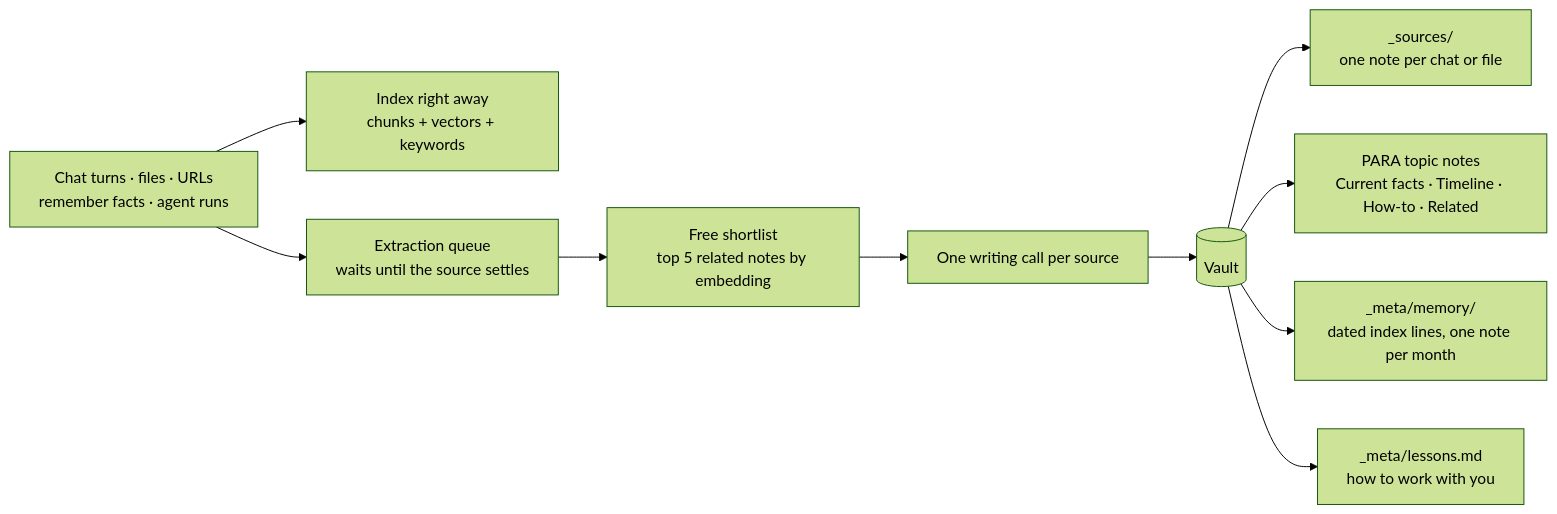
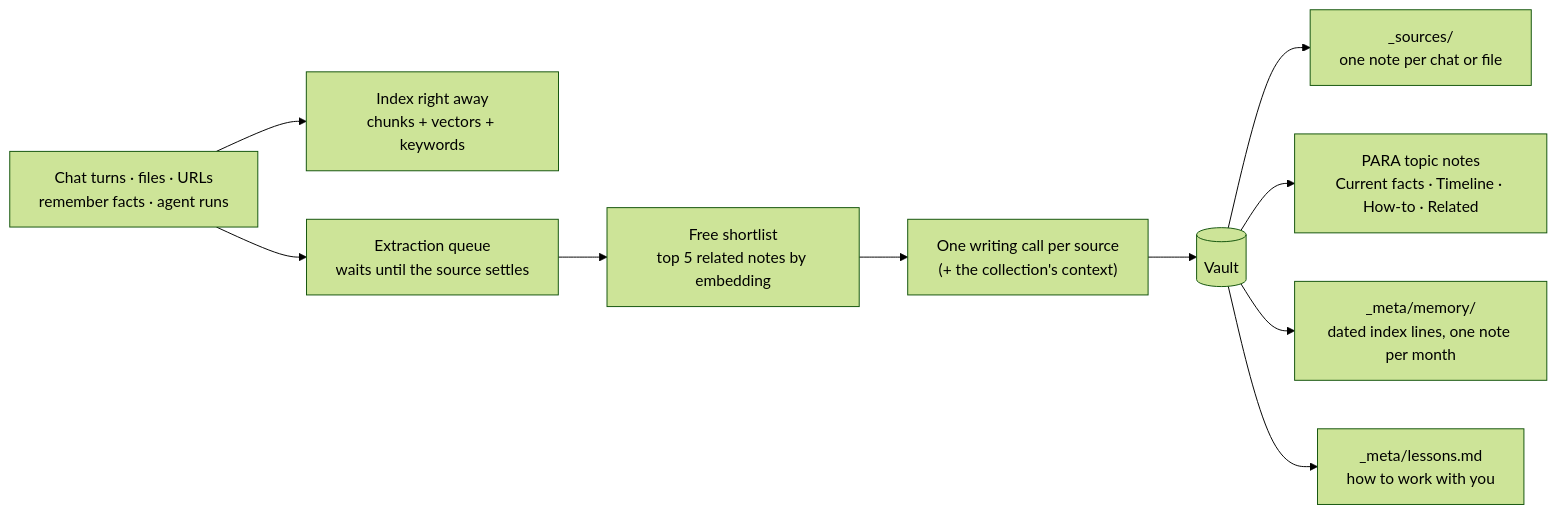
The second of 5 diagrams in README.md (kushalsinha/kormem), drawn with Mermaid (forest theme) before and after one commit. The commit also changed other lines of this file and 47 other files, not shown here.

````diff
--- a/README.md
+++ b/README.md
@@ -71,12 +224,12 @@
 ```mermaid
 flowchart LR
   IN["Chat turns · files · URLs<br/>remember facts · agent runs"] --> IDX["Index right away<br/>chunks + vectors + keywords"]
   IN --> Q["Extraction queue<br/>waits until the source settles"]
   Q --> SL["Free shortlist<br/>top 5 related notes by embedding"]
-  SL --> W["One writing call per source"]
+  SL --> W["One writing call per source<br/>(+ the collection's context)"]
   W --> V[("Vault")]
   V --> S["_sources/<br/>one note per chat or file"]
   V --> T["PARA topic notes<br/>Current facts · Timeline · How-to · Related"]
   V --> M["_meta/memory/<br/>dated index lines, one note per month"]
   V --> L["_meta/lessons.md<br/>how to work with you"]
 ```
````
